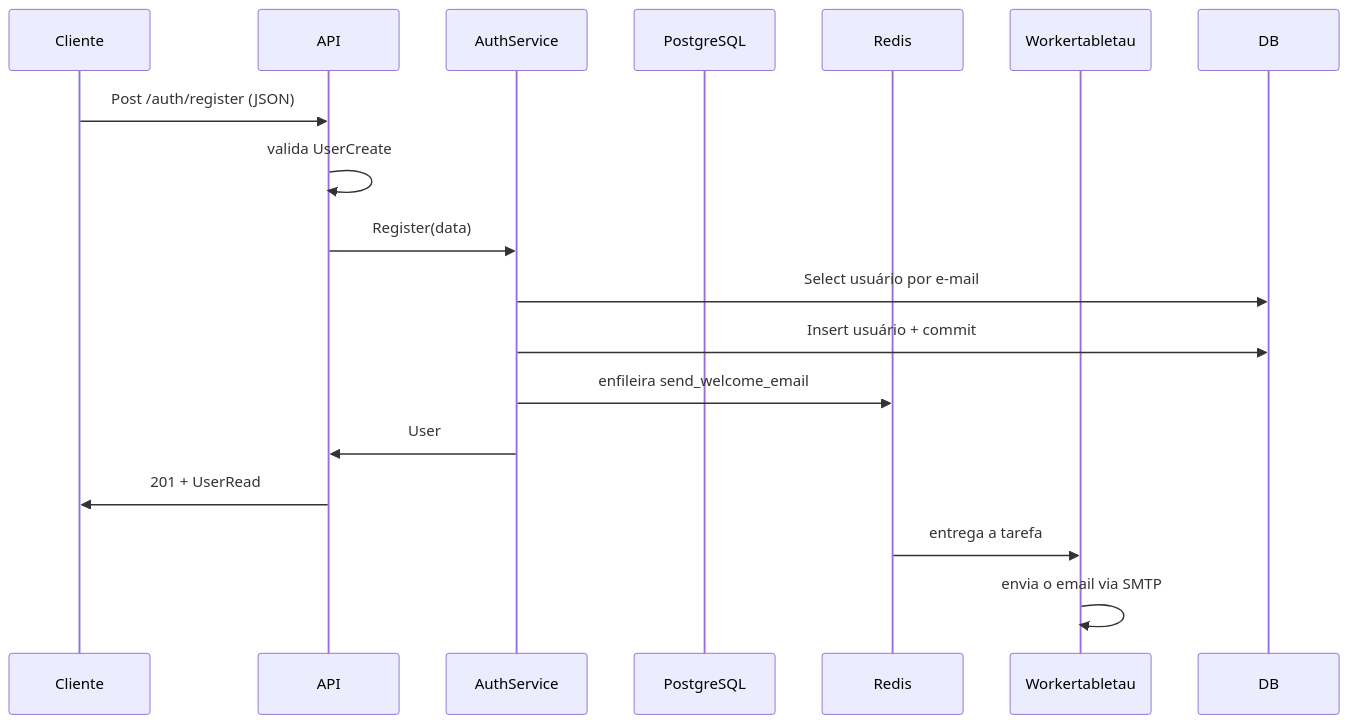
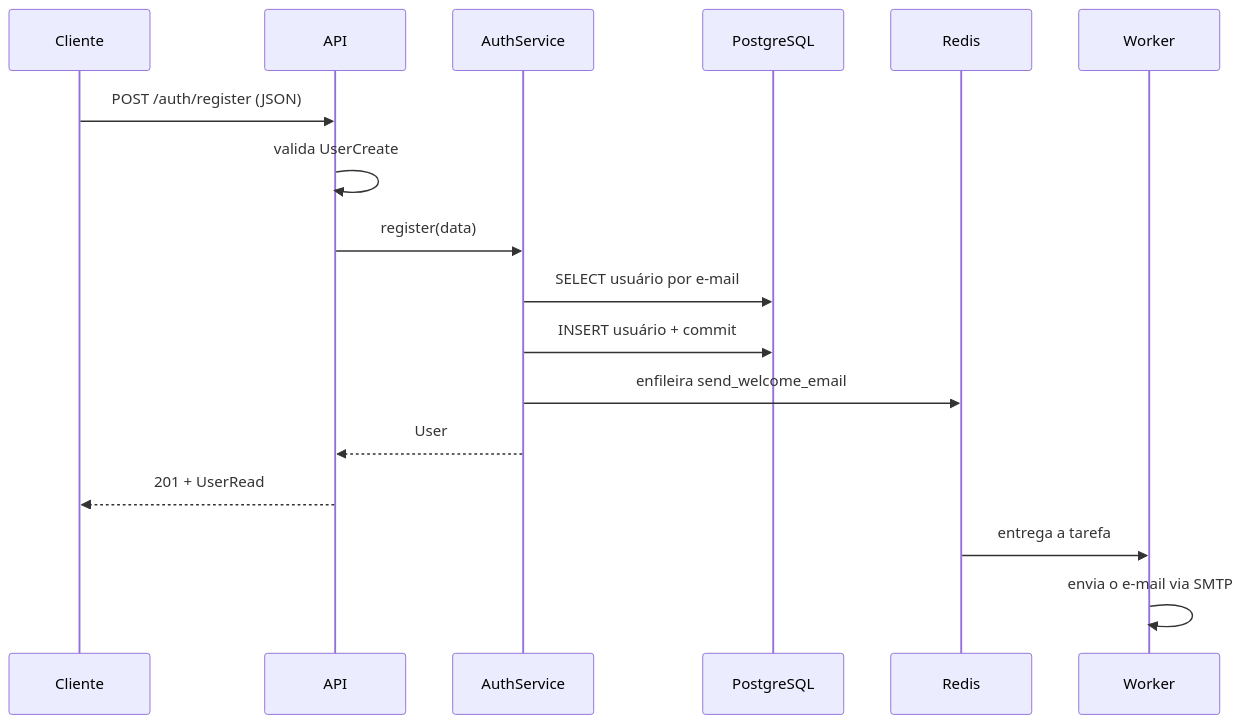
One commit to tecnicoroot/fastapi_aisiki changed the second of 2 diagrams in README.md. Above: the diagram before and after it, drawn with Mermaid. The commit also changed other lines of this file and 9 other files, not shown here.

````diff
--- a/README.md
+++ b/README.md
@@ -181,22 +207,20 @@
 ```mermaid
 sequenceDiagram
     participant C as Cliente
     participant A as API
     participant S as AuthService
-    participant SB as PostgreSQL
+    participant DB as PostgreSQL
     participant Q as Redis
-    participant W as Workertabletau
+    participant W as Worker
 
-    C ->> A: Post /auth/register (JSON)
+    C ->> A: POST /auth/register (JSON)
     A ->> A: valida UserCreate
-    A ->> S: Register(data)
-    S ->> DB: Select usuário por e-mail
-    S ->> DB: Insert usuário + commit
+    A ->> S: register(data)
+    S ->> DB: SELECT usuário por e-mail
+    S ->> DB: INSERT usuário + commit
     S ->> Q: enfileira send_welcome_email
-    S ->> A: User
-    A ->> C: 201 + UserRead
+    S -->> A: User
+    A -->> C: 201 + UserRead
     Q ->> W: entrega a tarefa
-    W ->> W: envia o email via SMTP
-
-
+    W ->> W: envia o e-mail via SMTP
 ```
````
